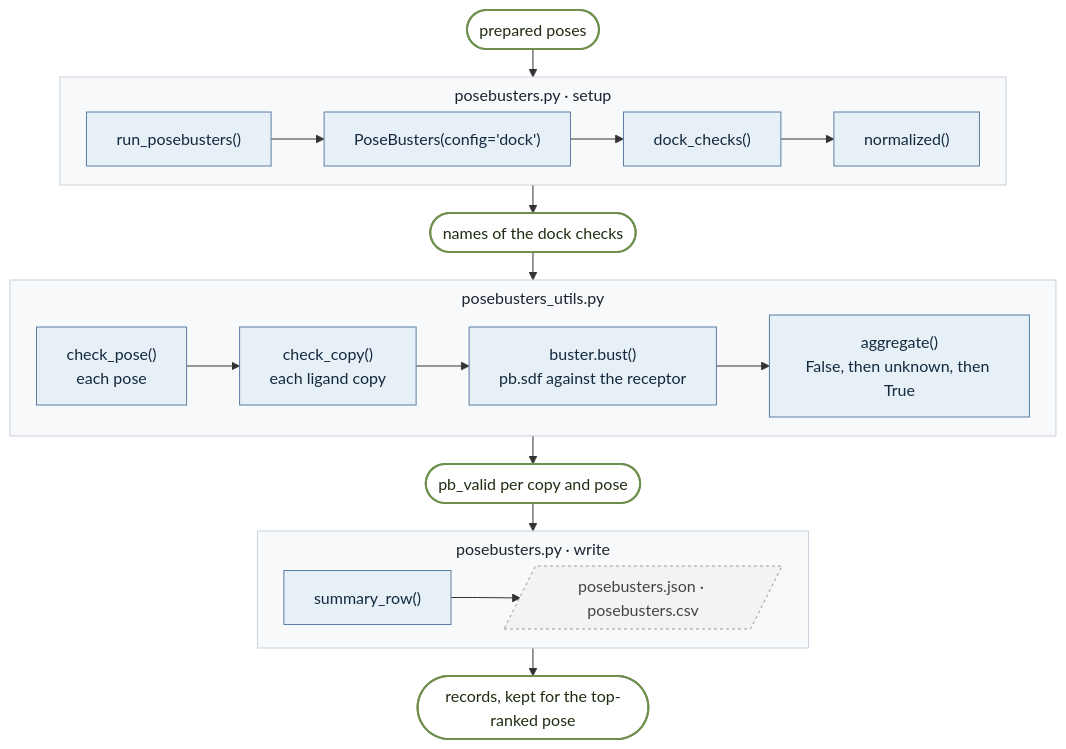
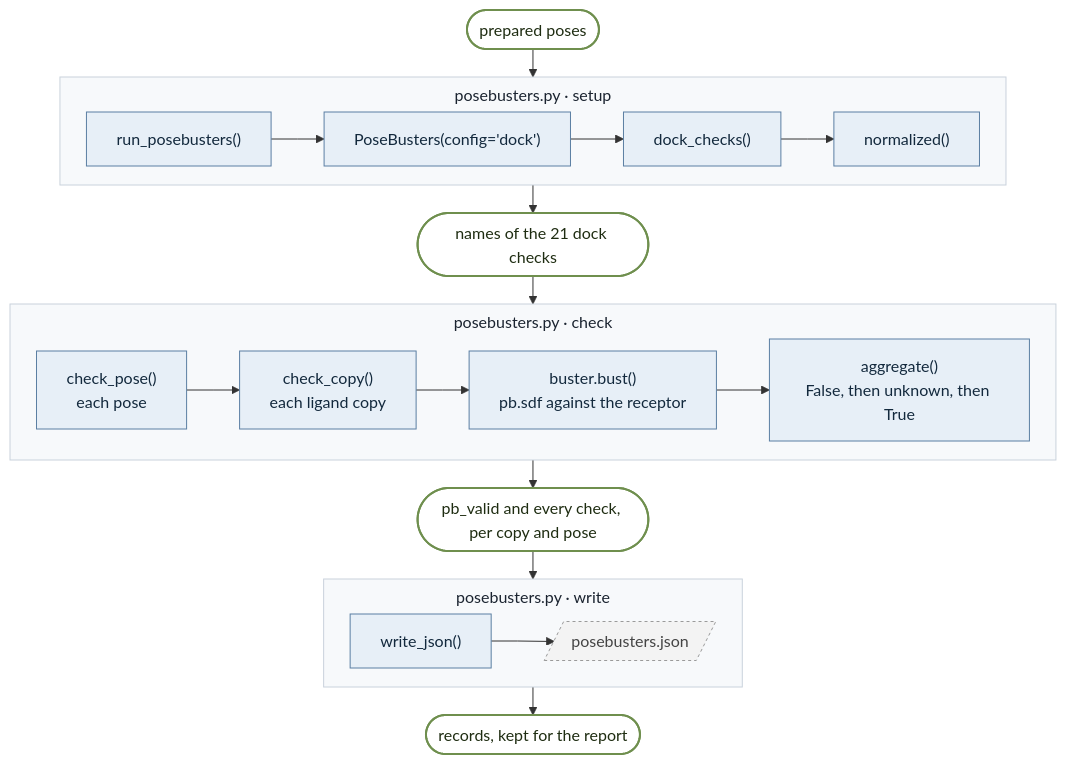
One commit to James-Broster/core-score changed the fourth of 9 diagrams in docs/code-map.md. Above: the diagram before and after it, drawn with Mermaid. The commit also changed other lines of this file and 17 other files, not shown here.

````diff
--- a/docs/code-map.md
+++ b/docs/code-map.md
@@ -202,33 +202,32 @@
 ```mermaid
 %%{init: {"flowchart": {"curve": "linear", "nodeSpacing": 18, "rankSpacing": 28, "subGraphTitleMargin": {"top": 6, "bottom": 10}}}}%%
 flowchart TB
     classDef fn fill:#e7eff7,stroke:#5b7fa3,color:#13293d
-    classDef ost fill:#fbedd5,stroke:#b07a1e,color:#3d2a08
     classDef data fill:#ffffff,stroke:#6f8f4e,color:#1f2d12,stroke-width:2px
     classDef file fill:#f3f3f3,stroke:#9a9a9a,color:#444,stroke-dasharray:3 3
     classDef stage fill:#f7f9fb,stroke:#c9d2dc,color:#1b2430
 
     start(["prepared poses"]):::data
 
     subgraph B1["posebusters.py · setup"]
         direction LR
         a1["run_posebusters()"]:::fn --> a2["PoseBusters(config='dock')"]:::fn --> a3["dock_checks()"]:::fn --> a4["normalized()"]:::fn
     end
-    d1(["names of the dock checks"]):::data
+    d1(["names of the 21 dock checks"]):::data
 
-    subgraph B2["posebusters_utils.py"]
+    subgraph B2["posebusters.py · check"]
         direction LR
         c1["check_pose()<br/>each pose"]:::fn --> c2["check_copy()<br/>each ligand copy"]:::fn --> c3["buster.bust()<br/>pb.sdf against the receptor"]:::fn --> c4["aggregate()<br/>False, then unknown, then True"]:::fn
     end
-    d2(["pb_valid per copy and pose"]):::data
+    d2(["pb_valid and every check, per copy and pose"]):::data
 
     subgraph B3["posebusters.py · write"]
         direction LR
-        e1["summary_row()"]:::fn --> e2[/"posebusters.json · posebusters.csv"/]:::file
+        e1["write_json()"]:::fn --> e2[/"posebusters.json"/]:::file
     end
-    d3(["records, kept for the top-ranked pose"]):::data
+    d3(["records, kept for the report"]):::data
 
     start --> B1 --> d1 --> B2 --> d2 --> B3 --> d3
 
     class B1,B2,B3 stage
 ```
````
